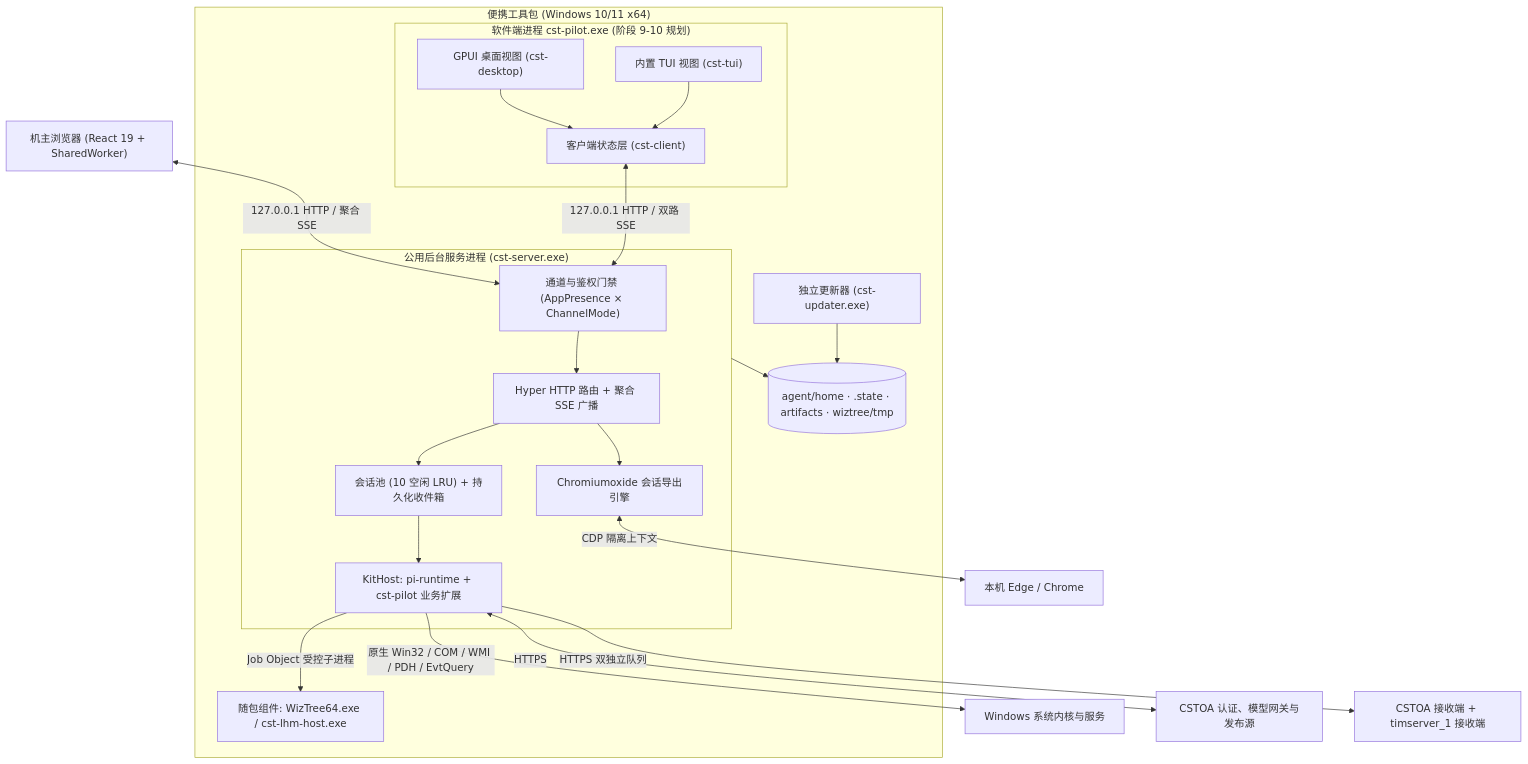
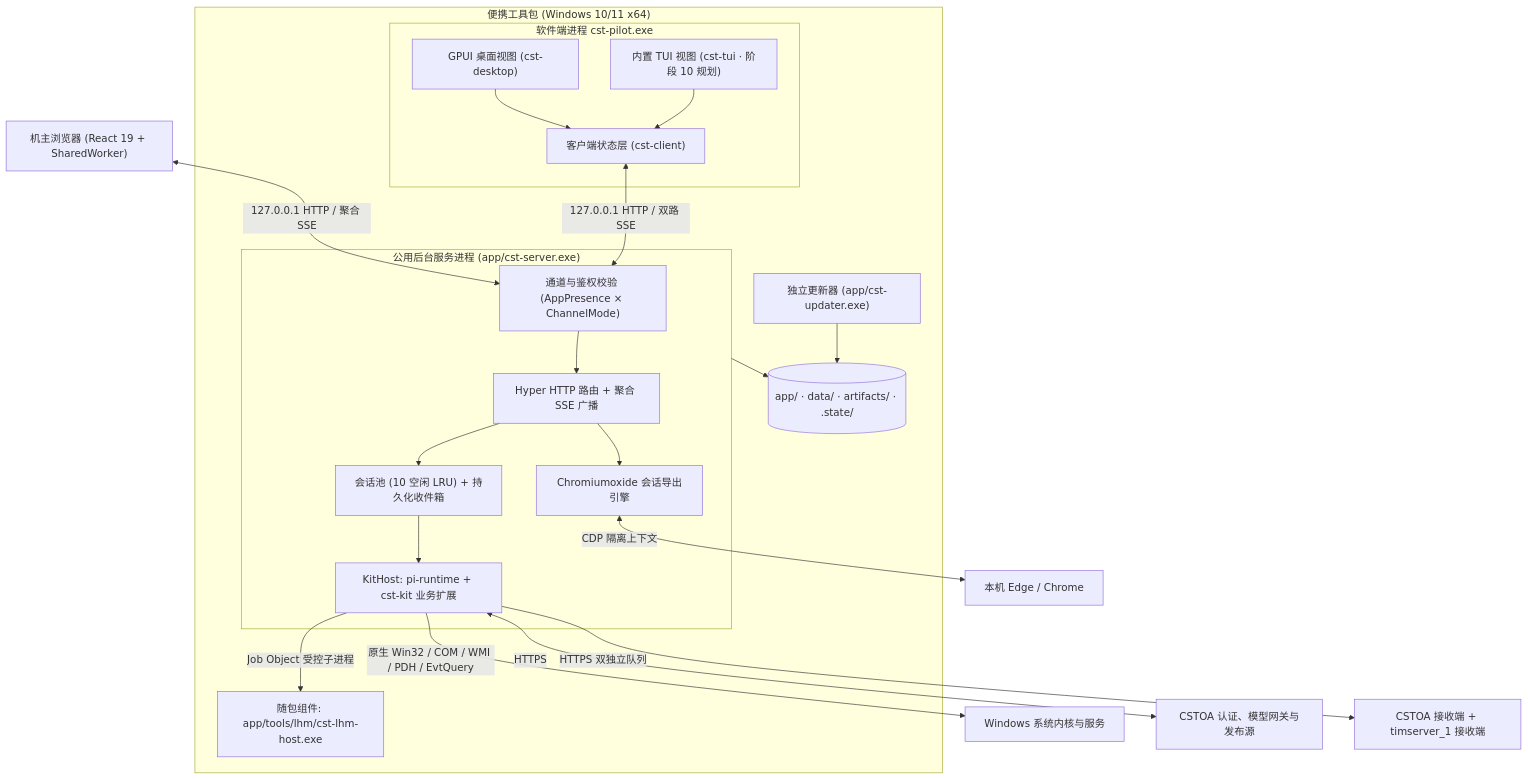
Before and after one commit to SCAU-Computer-Serving-Team/cst-pilot: the diagram in doc/ARCHITECTURE.md, drawn with Mermaid. The commit also changed other lines of this file and 15 other files, not shown here.

````diff
--- a/doc/ARCHITECTURE.md
+++ b/doc/ARCHITECTURE.md
@@ -7,34 +7,34 @@
 ```mermaid
 flowchart TB
     subgraph Kit["便携工具包 (Windows 10/11 x64)"]
-        subgraph AppProc["软件端进程 cst-pilot.exe (阶段 9-10 规划)"]
+        subgraph AppProc["软件端进程 cst-pilot.exe"]
             Desktop["GPUI 桌面视图 (cst-desktop)"]
-            TUI["内置 TUI 视图 (cst-tui)"]
+            TUI["内置 TUI 视图 (cst-tui · 阶段 10 规划)"]
             Client["客户端状态层 (cst-client)"]
             Desktop & TUI --> Client
         end
 
-        subgraph ServerProc["公用后台服务进程 (cst-server.exe)"]
-            Gate["通道与鉴权门禁 (AppPresence × ChannelMode)"]
+        subgraph ServerProc["公用后台服务进程 (app/cst-server.exe)"]
+            Gate["通道与鉴权校验 (AppPresence × ChannelMode)"]
             Routes["Hyper HTTP 路由 + 聚合 SSE 广播"]
             Pool["会话池 (10 空闲 LRU) + 持久化收件箱"]
-            Core["KitHost: pi-runtime + cst-pilot 业务扩展"]
+            Core["KitHost: pi-runtime + cst-kit 业务扩展"]
             Export["Chromiumoxide 会话导出引擎"]
             Gate --> Routes --> Pool & Export
             Pool --> Core
         end
 
-        Updater["独立更新器 (cst-updater.exe)"]
-        Bin["随包组件: WizTree64.exe / cst-lhm-host.exe"]
-        State[("agent/home · .state · artifacts · wiztree/tmp")]
+        Updater["独立更新器 (app/cst-updater.exe)"]
+        Bin["随包组件: app/tools/lhm/cst-lhm-host.exe"]
+        State[("app/ · data/ · artifacts/ · .state/")]
     end
 
     Browser["机主浏览器 (React 19 + SharedWorker)"] <-->|"127.0.0.1 HTTP / 聚合 SSE"| Gate
     Client <-->|"127.0.0.1 HTTP / 双路 SSE"| Gate
     Core -->|"原生 Win32 / COM / WMI / PDH / EvtQuery"| WinOS["Windows 系统内核与服务"]
     Core -->|"Job Object 受控子进程"| Bin
     Export <-->|"CDP 隔离上下文"| Edge["本机 Edge / Chrome"]
     ServerProc & Updater --> State
     Core <-->|"HTTPS"| CSTOA["CSTOA 认证、模型网关与发布源"]
     Core -->|"HTTPS 双独立队列"| Receivers["CSTOA 接收端 + timserver_1 接收端"]
 ```
````
